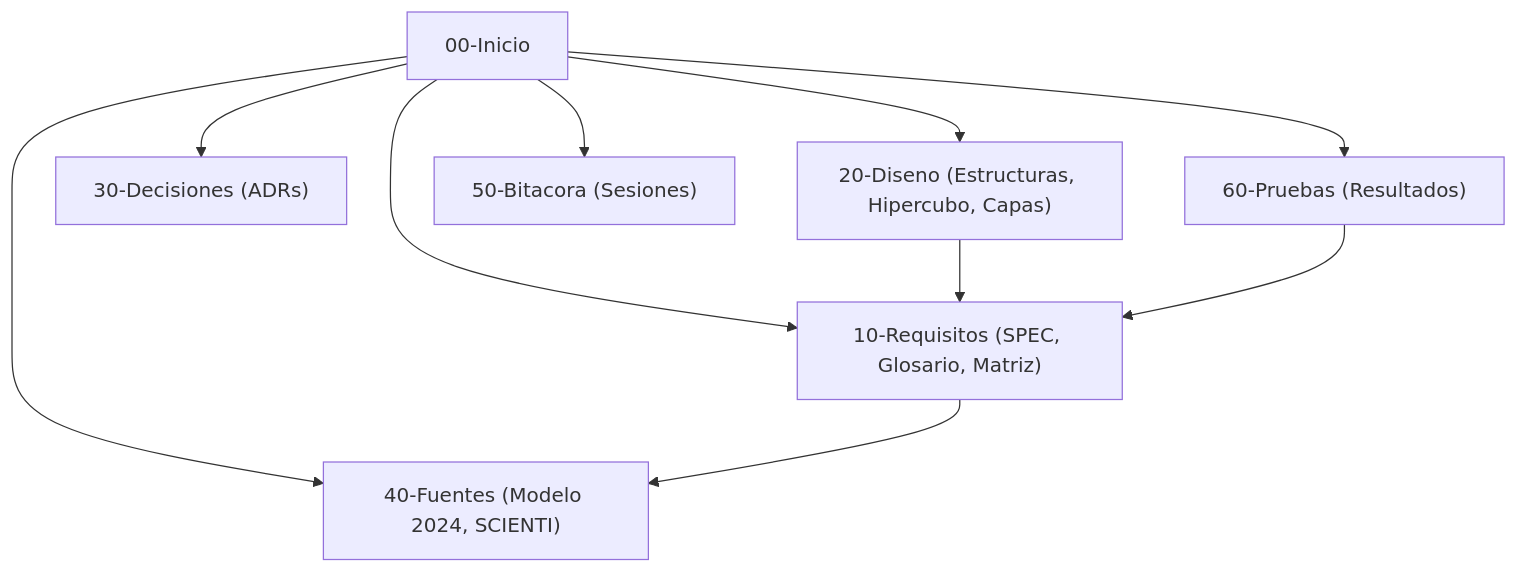
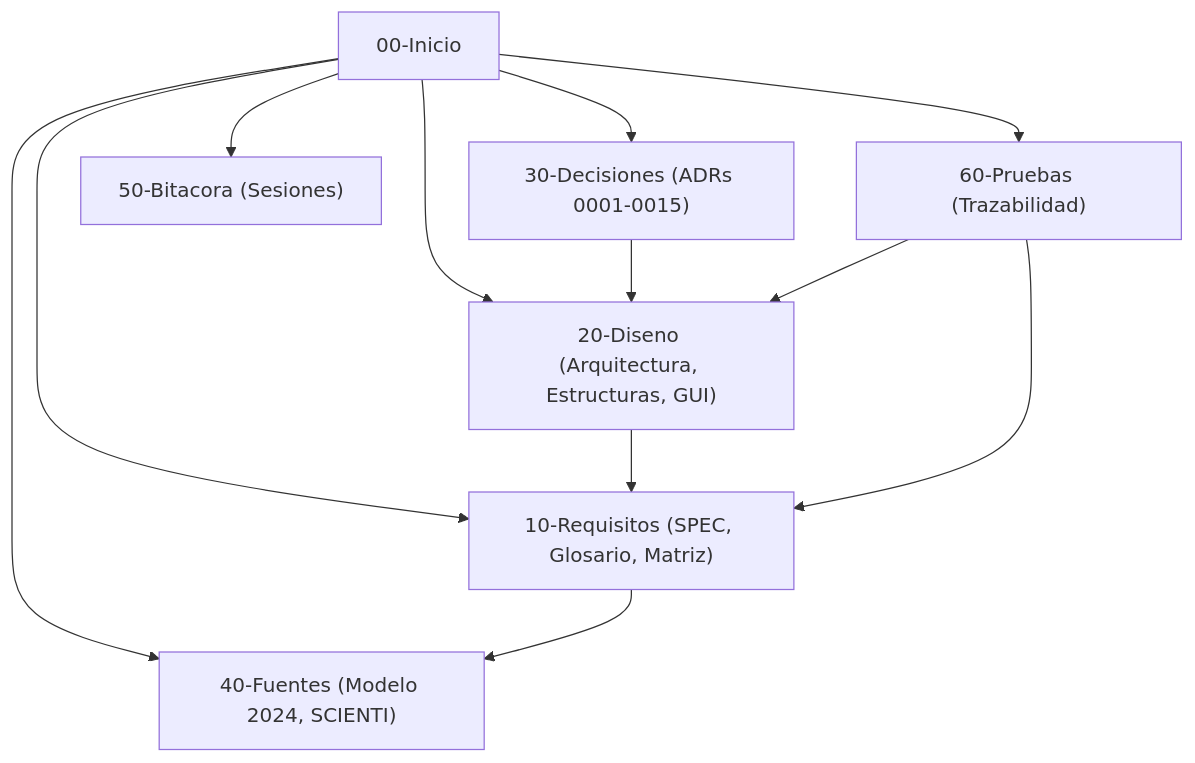
The diagram in brain/00-Inicio.md (fran3004/PEAi-Taller2), drawn with Mermaid before and after one commit. The commit also changed other lines of this file and 40 other files, not shown here.

````diff
--- a/brain/00-Inicio.md
+++ b/brain/00-Inicio.md
@@ -25,12 +37,14 @@
 ```mermaid
 graph TD
     Inicio["00-Inicio"] --> Requisitos["10-Requisitos (SPEC, Glosario, Matriz)"]
     Inicio --> Fuentes["40-Fuentes (Modelo 2024, SCIENTI)"]
-    Inicio --> Diseno["20-Diseno (Estructuras, Hipercubo, Capas)"]
-    Inicio --> Decisiones["30-Decisiones (ADRs)"]
-    Inicio --> Pruebas["60-Pruebas (Resultados)"]
+    Inicio --> Diseno["20-Diseno (Arquitectura, Estructuras, GUI)"]
+    Inicio --> Decisiones["30-Decisiones (ADRs 0001-0015)"]
+    Inicio --> Pruebas["60-Pruebas (Trazabilidad)"]
     Inicio --> Bitacora["50-Bitacora (Sesiones)"]
     Requisitos --> Fuentes
     Diseno --> Requisitos
+    Decisiones --> Diseno
     Pruebas --> Requisitos
+    Pruebas --> Diseno
 ```
````
